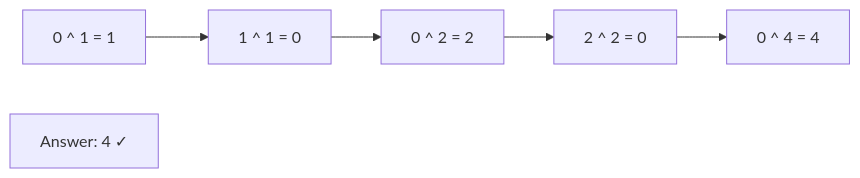
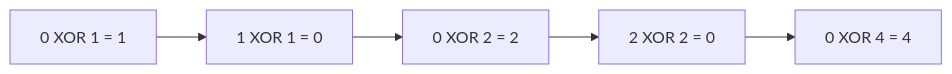
One commit to pentoshi007/tuf changed diagram 14 of 19 in dsa/Advanced/04-Binary search/02-logic-building/02-logic-building.md. Above: the diagram before and after it, drawn with Mermaid. The commit also changed other lines of this file and 1 other file, not shown here.

First line of the commit message:
Fix Mermaid diagram syntax for GitHub compatibility

````diff
--- a/dsa/Advanced/04-Binary search/02-logic-building/02-logic-building.md
+++ b/dsa/Advanced/04-Binary search/02-logic-building/02-logic-building.md
@@ -624,5 +620,4 @@
 ```mermaid
 flowchart LR
-    A["0 ^ 1 = 1"] --> B["1 ^ 1 = 0"] --> C["0 ^ 2 = 2"] --> D["2 ^ 2 = 0"] --> E["0 ^ 4 = 4"]
-    F["Answer: 4 ✓"]
+    A["0 XOR 1 = 1"] --> B["1 XOR 1 = 0"] --> C["0 XOR 2 = 2"] --> D["2 XOR 2 = 0"] --> E["0 XOR 4 = 4"]
 ```
````
